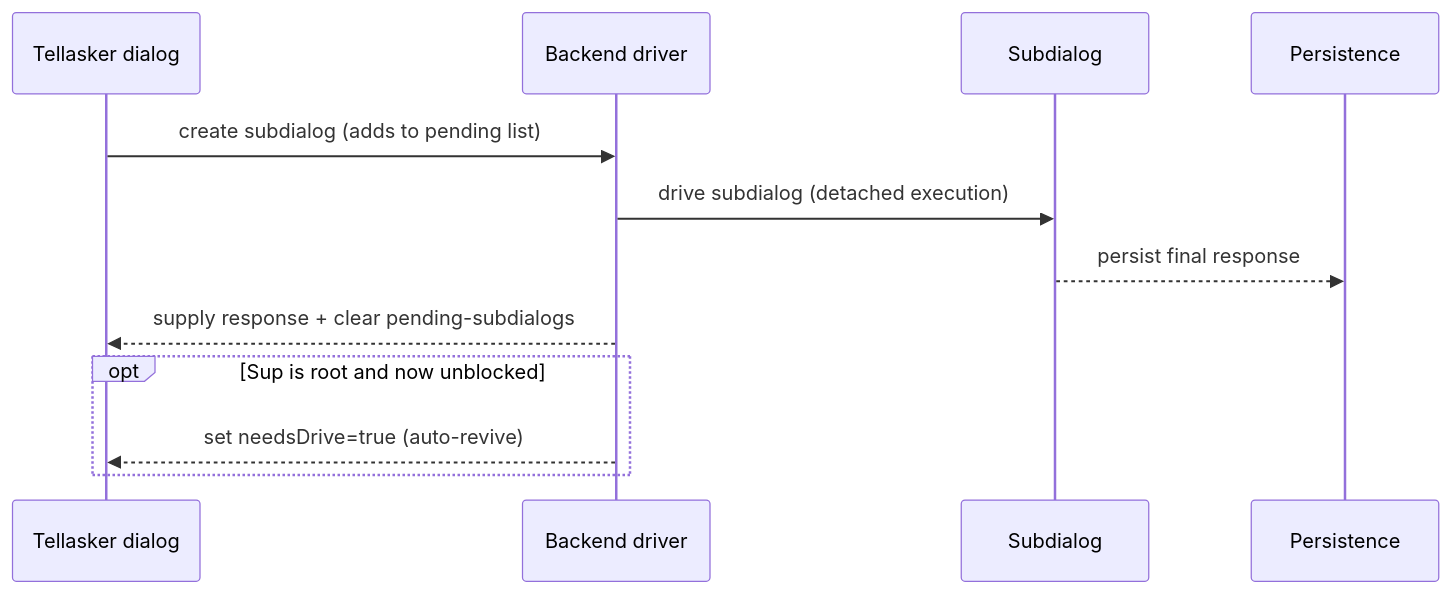
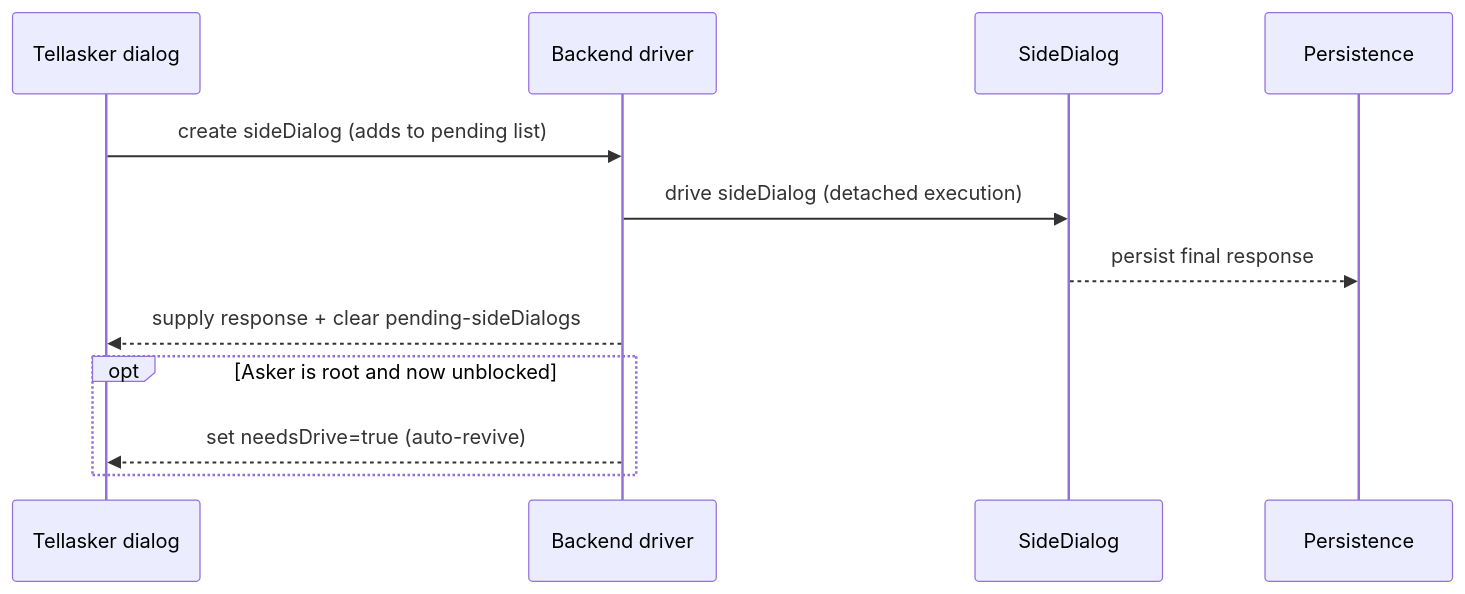
One commit to longrun-ai/dominds changed the seventh of 18 diagrams in docs/dialog-system.md. Above: the diagram before and after it, drawn with Mermaid. The commit also changed other lines of this file and 195 other files, not shown here.

````diff
--- a/docs/dialog-system.md
+++ b/docs/dialog-system.md
@@ -724,15 +724,15 @@
 ```mermaid
 sequenceDiagram
-  participant Sup as Tellasker dialog
+  participant Asker as Tellasker dialog
   participant Driver as Backend driver
-  participant Sub as Subdialog
+  participant Side as SideDialog
   participant Store as Persistence
 
-  Sup->>Driver: create subdialog (adds to pending list)
-  Driver->>Sub: drive subdialog (detached execution)
-  Sub-->>Store: persist final response
-  Driver-->>Sup: supply response + clear pending-subdialogs
-  opt Sup is root and now unblocked
-    Driver-->>Sup: set needsDrive=true (auto-revive)
+  Asker->>Driver: create sideDialog (adds to pending list)
+  Driver->>Side: drive sideDialog (detached execution)
+  Side-->>Store: persist final response
+  Driver-->>Asker: supply response + clear pending-sideDialogs
+  opt Asker is root and now unblocked
+    Driver-->>Asker: set needsDrive=true (auto-revive)
   end
 ```
````
